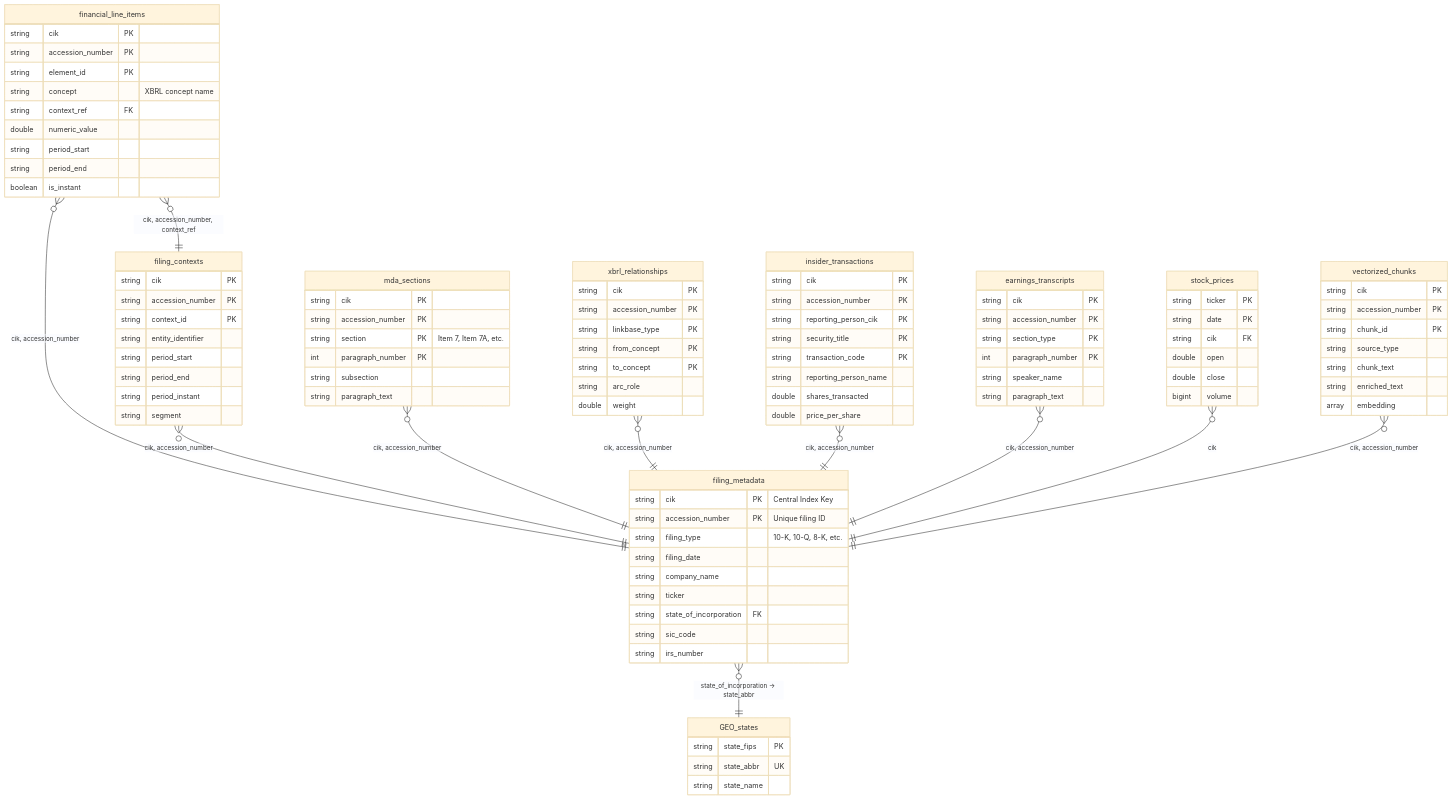
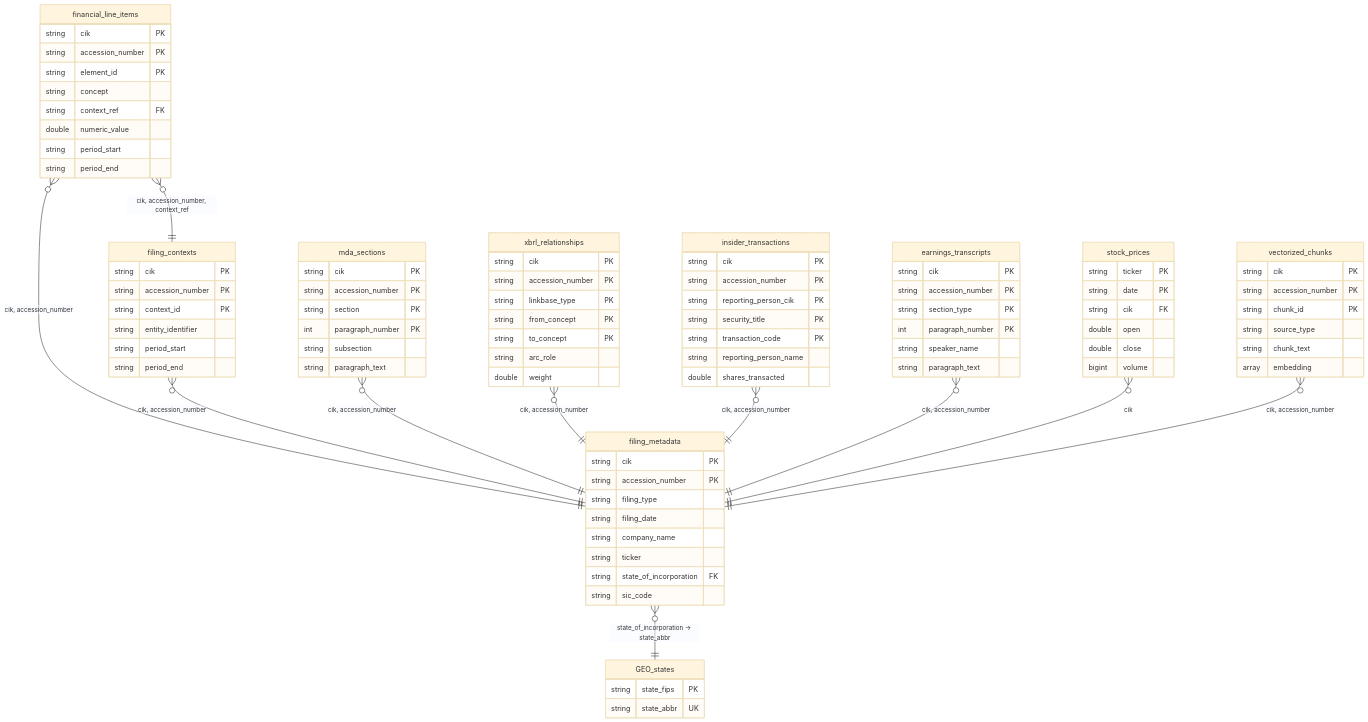
One commit to kenstott/calcite changed the second of 7 diagrams in govdata/docs/schemas/relationships.md. Above: the diagram before and after it, drawn with Mermaid (base theme). The commit also changed other lines of this file and 4 other files, not shown here.

First line of the commit message:
refactor(govdata): consolidate constraints to schema-level for all adapters

````diff
--- a/govdata/docs/schemas/relationships.md
+++ b/govdata/docs/schemas/relationships.md
@@ -97,31 +116,29 @@
 ```mermaid
 erDiagram
     %% ===================================
-    %% SEC SCHEMA (9 tables)
+    %% SEC SCHEMA (9 tables, 10 FKs)
     %% ===================================
 
     filing_metadata {
-        string cik PK "Central Index Key"
-        string accession_number PK "Unique filing ID"
-        string filing_type "10-K, 10-Q, 8-K, etc."
+        string cik PK
+        string accession_number PK
+        string filing_type
         string filing_date
         string company_name
         string ticker
         string state_of_incorporation FK
         string sic_code
-        string irs_number
     }
 
     financial_line_items {
         string cik PK
         string accession_number PK
         string element_id PK
-        string concept "XBRL concept name"
+        string concept
         string context_ref FK
         double numeric_value
         string period_start
         string period_end
-        boolean is_instant
     }
 
     filing_contexts {
@@ -131,14 +148,12 @@
         string entity_identifier
         string period_start
         string period_end
-        string period_instant
-        string segment
     }
 
     mda_sections {
         string cik PK
         string accession_number PK
-        string section PK "Item 7, Item 7A, etc."
+        string section PK
         int paragraph_number PK
         string subsection
         string paragraph_text
@@ -162,7 +177,6 @@
         string transaction_code PK
         string reporting_person_name
         double shares_transacted
-        double price_per_share
     }
 
     earnings_transcripts {
@@ -189,15 +203,12 @@
         string chunk_id PK
         string source_type
         string chunk_text
-        string enriched_text
         array embedding
     }
 
-    %% GEO schema table (included for cross-schema reference)
     GEO_states {
         string state_fips PK
         string state_abbr UK
-        string state_name
     }
 
     %% SEC internal relationships
@@ -210,7 +221,5 @@
     earnings_transcripts }o--|| filing_metadata : "cik, accession_number"
     stock_prices }o--|| filing_metadata : "cik"
     vectorized_chunks }o--|| filing_metadata : "cik, accession_number"
-
-    %% Cross-schema relationship
     filing_metadata }o--|| GEO_states : "state_of_incorporation → state_abbr"
 ```
````
